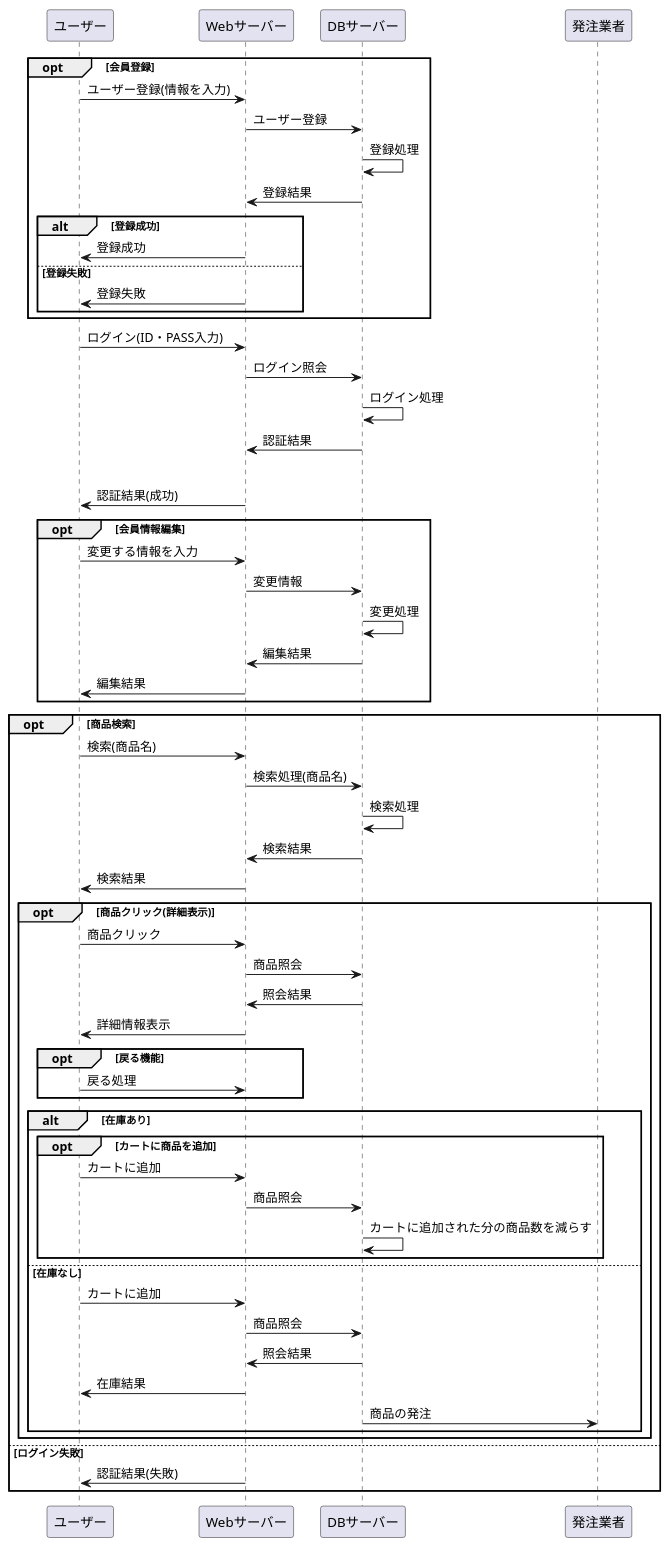
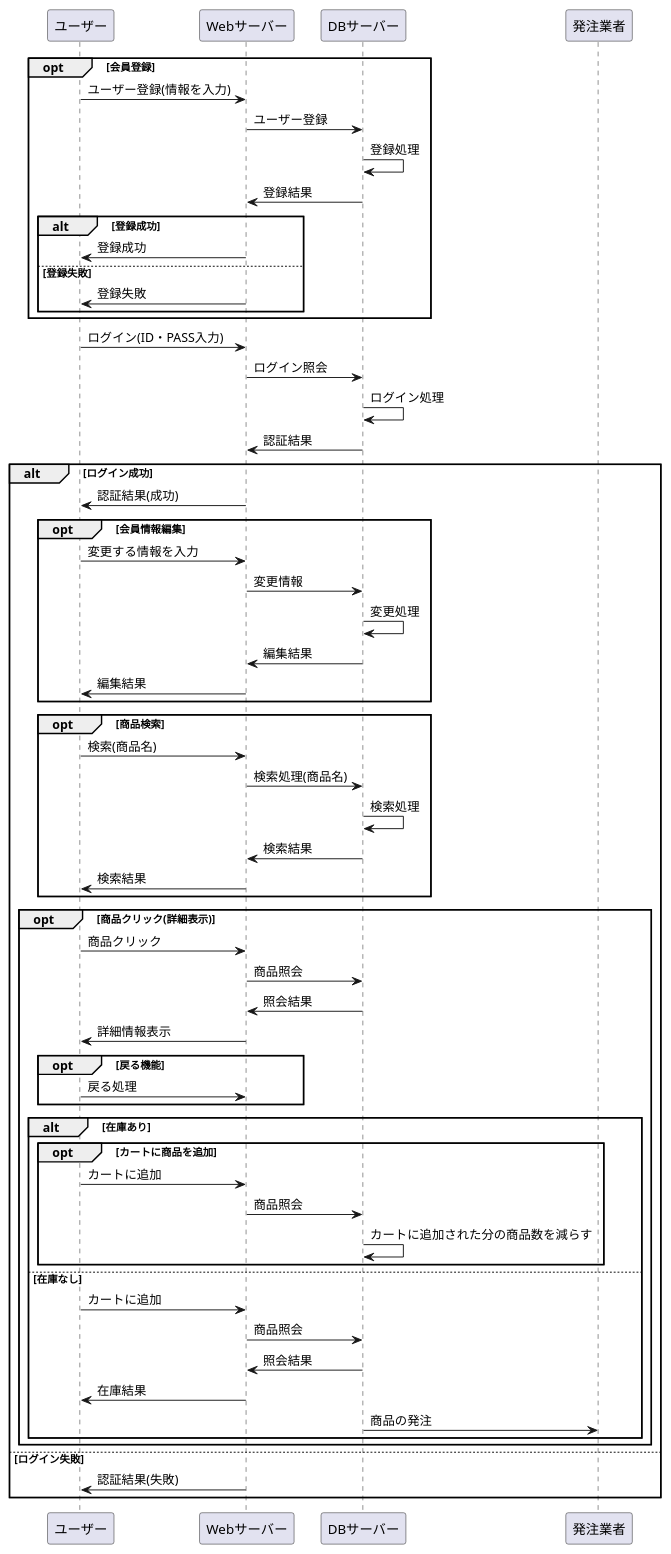
The diagram in 業務フロー.md (Aso2001163/2021sys-design), drawn with PlantUML before and after one commit.

````diff
--- a/業務フロー.md
+++ b/業務フロー.md
@@ -1,66 +1,66 @@
 ```uml
 @startuml
 
 opt 会員登録
 ユーザー -> Webサーバー : ユーザー登録(情報を入力)
 Webサーバー -> DBサーバー : ユーザー登録
 DBサーバー -> DBサーバー : 登録処理
 DBサーバー -> Webサーバー : 登録結果
 
 alt 登録成功
 Webサーバー -> ユーザー : 登録成功
 else 登録失敗
 Webサーバー -> ユーザー : 登録失敗
 end
 end
 
 ユーザー -> Webサーバー : ログイン(ID・PASS入力)
 Webサーバー -> DBサーバー : ログイン照会
 DBサーバー -> DBサーバー : ログイン処理
 DBサーバー -> Webサーバー : 認証結果
 
 alt ログイン成功
 Webサーバー -> ユーザー : 認証結果(成功)
 
 opt 会員情報編集
 ユーザー -> Webサーバー : 変更する情報を入力
 Webサーバー -> DBサーバー :変更情報
 DBサーバー -> DBサーバー : 変更処理
 DBサーバー -> Webサーバー : 編集結果
 Webサーバー -> ユーザー : 編集結果
 end
 
 opt 商品検索
 ユーザー -> Webサーバー : 検索(商品名)
 Webサーバー -> DBサーバー : 検索処理(商品名)
 DBサーバー -> DBサーバー : 検索処理
 DBサーバー -> Webサーバー : 検索結果
 Webサーバー -> ユーザー : 検索結果
-
+end
 opt 商品クリック(詳細表示)
 ユーザー -> Webサーバー : 商品クリック
 Webサーバー -> DBサーバー : 商品照会
 DBサーバー -> Webサーバー : 照会結果
 Webサーバー -> ユーザー : 詳細情報表示
 opt 戻る機能
 ユーザー -> Webサーバー : 戻る処理
 end
 alt 在庫あり
 opt カートに商品を追加
 ユーザー -> Webサーバー : カートに追加
 Webサーバー -> DBサーバー : 商品照会
 DBサーバー -> DBサーバー : カートに追加された分の商品数を減らす
 end
 else 在庫なし
 ユーザー -> Webサーバー : カートに追加
 Webサーバー -> DBサーバー : 商品照会
 DBサーバー -> Webサーバー : 照会結果
 Webサーバー -> ユーザー : 在庫結果
 DBサーバー -> 発注業者 : 商品の発注
 end
 end
 else ログイン失敗
 Webサーバー -> ユーザー : 認証結果(失敗)
 end
 @enduml
 ```
````
